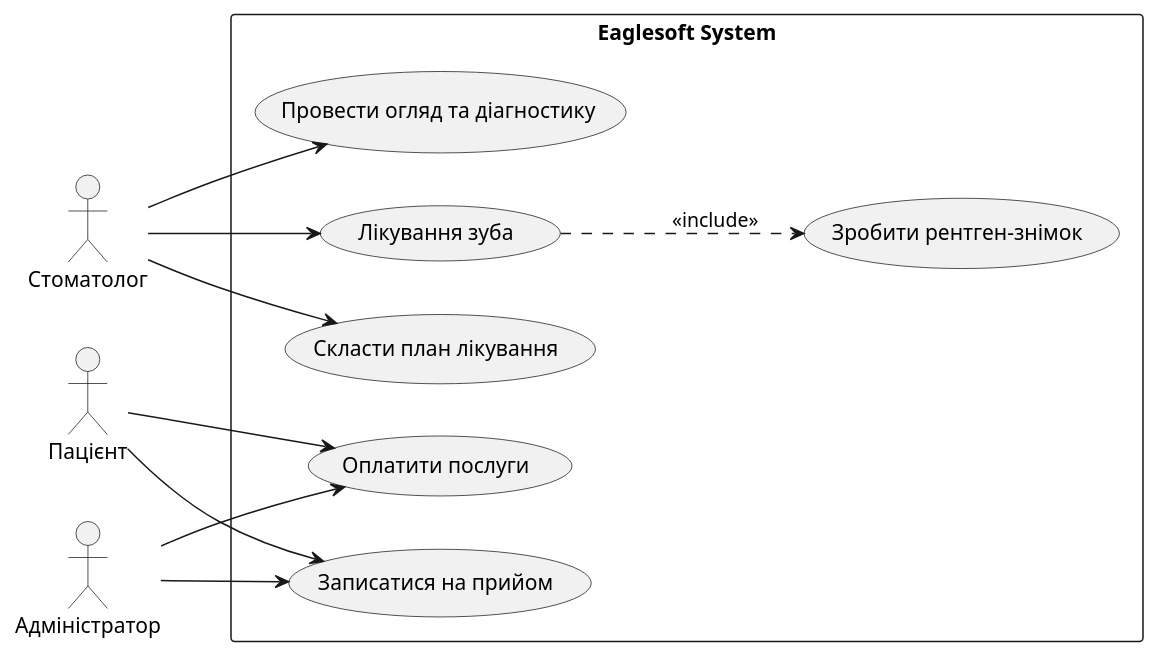
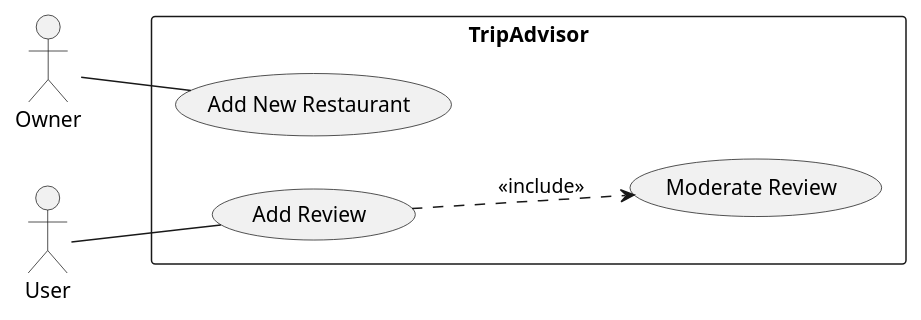
The diagram in uml/use_case.puml (Denysko8/iot_dpz), drawn with PlantUML before and after one commit. The commit also changed 4 other files, not shown here.

```diff
--- a/uml/use_case.puml
+++ b/uml/use_case.puml
@@ -1,26 +1,15 @@
 @startuml
 left to right direction
-skinparam packageStyle rectangle
+actor "Owner" as ow
+actor "User" as us
 
-actor "Пацієнт" as P
-actor "Стоматолог" as D
-actor "Адміністратор" as A
-
-rectangle "Eaglesoft System" {
-  usecase "Записатися на прийом" as UC1
-  usecase "Провести огляд та діагностику" as UC2
-  usecase "Лікування зуба" as UC3
-  usecase "Зробити рентген-знімок" as UC4
-  usecase "Скласти план лікування" as UC5
-  usecase "Оплатити послуги" as UC6
+rectangle TripAdvisor {
+  usecase "Add New Restaurant" as UC1
+  usecase "Add Review" as UC2
+  usecase "Moderate Review" as UC3
 }
 
-P --> UC1
-P --> UC6
-D --> UC2
-D --> UC3
-D --> UC5
-UC3 ..> UC4 : <<include>>
-A --> UC1
-A --> UC6
-@endum
+ow -- UC1
+us -- UC2
+UC2 ..> UC3 : <<include>>
+@enduml
```
